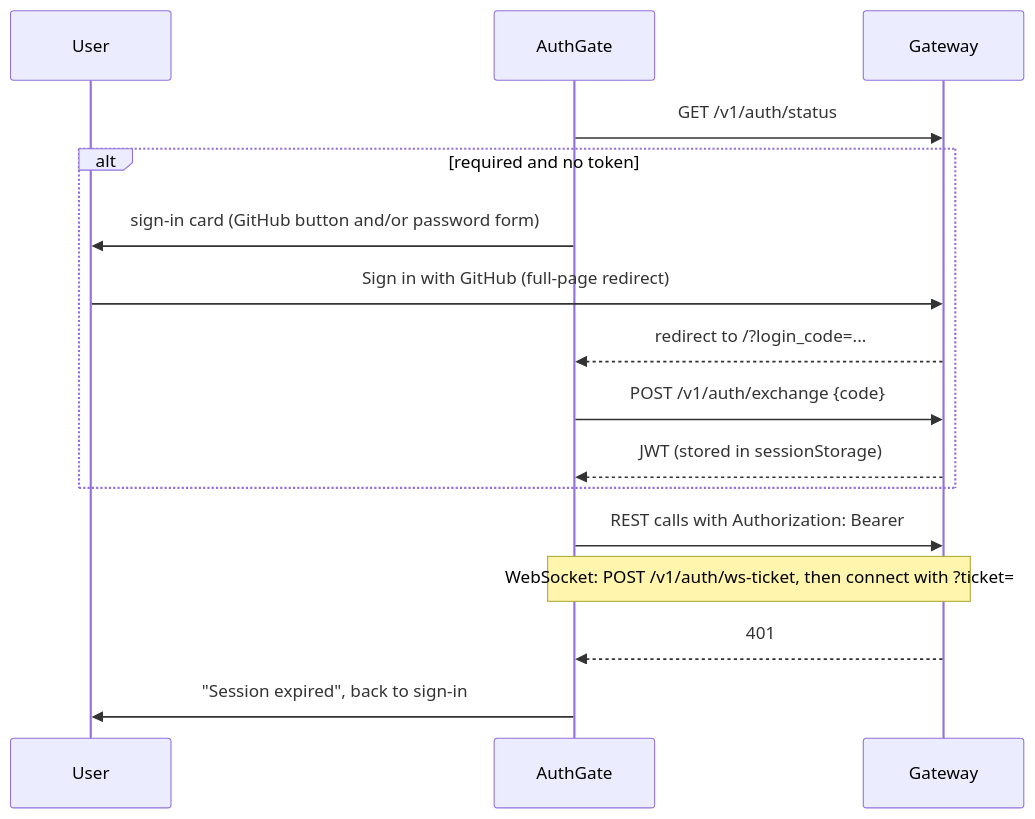
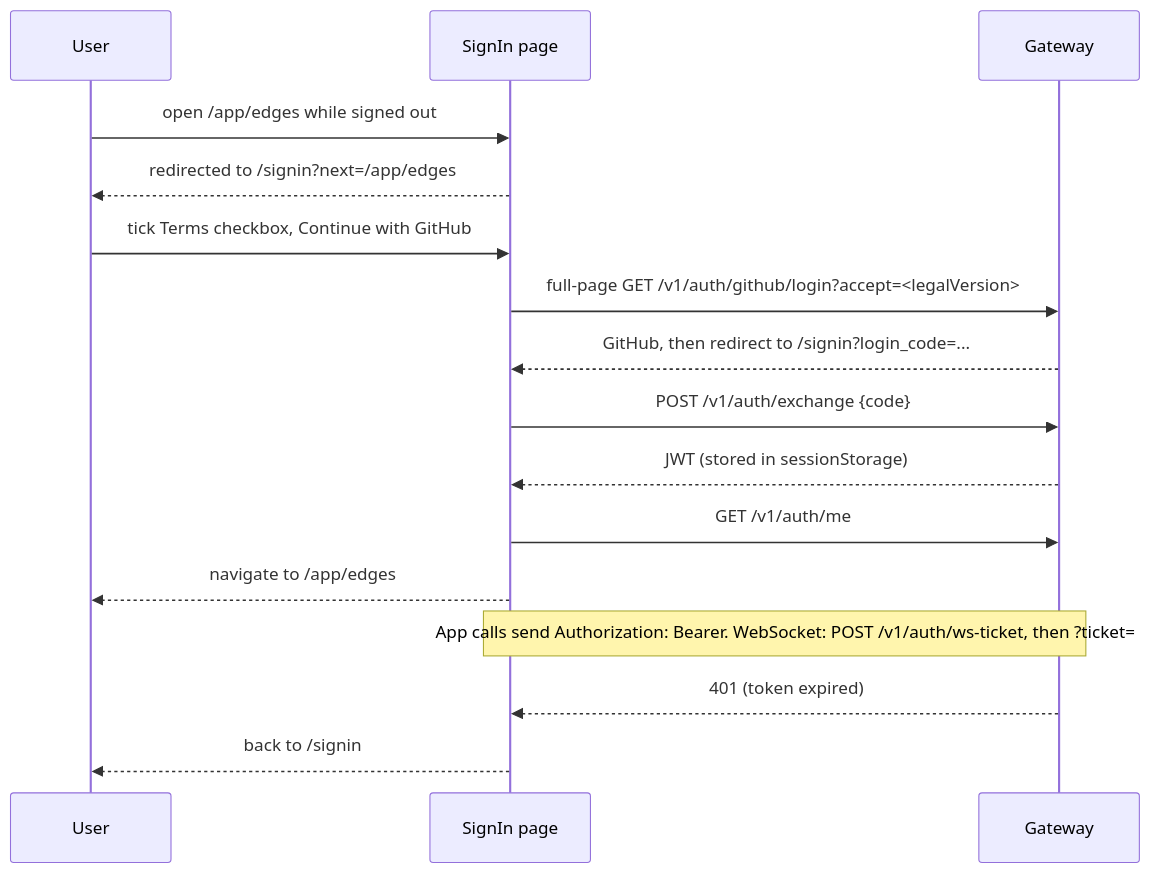
One commit to JayNightmare/Multi-Model-Thing changed the diagram in docs/studio.md. Above: the diagram before and after it, drawn with Mermaid. The commit also changed other lines of this file and 37 other files, not shown here.

First line of the commit message:
feat: add Account, HowItWorks, Landing, Legal, and SignIn pages with corresponding components and styles

````diff
--- a/docs/studio.md
+++ b/docs/studio.md
@@ -39,18 +54,18 @@
 ```mermaid
 sequenceDiagram
     participant U as User
-    participant AG as AuthGate
+    participant S as SignIn page
     participant GW as Gateway
-    AG->>GW: GET /v1/auth/status
-    alt required and no token
-        AG->>U: sign-in card (GitHub button and/or password form)
-        U->>GW: Sign in with GitHub (full-page redirect)
-        GW-->>AG: redirect to /?login_code=...
-        AG->>GW: POST /v1/auth/exchange {code}
-        GW-->>AG: JWT (stored in sessionStorage)
-    end
-    AG->>GW: REST calls with Authorization: Bearer
-    Note over AG,GW: WebSocket: POST /v1/auth/ws-ticket, then connect with ?ticket=
-    GW-->>AG: 401
-    AG->>U: "Session expired", back to sign-in
+    U->>S: open /app/edges while signed out
+    S-->>U: redirected to /signin?next=/app/edges
+    U->>S: tick Terms checkbox, Continue with GitHub
+    S->>GW: full-page GET /v1/auth/github/login?accept=<legalVersion>
+    GW-->>S: GitHub, then redirect to /signin?login_code=...
+    S->>GW: POST /v1/auth/exchange {code}
+    GW-->>S: JWT (stored in sessionStorage)
+    S->>GW: GET /v1/auth/me
+    S-->>U: navigate to /app/edges
+    Note over S,GW: App calls send Authorization: Bearer. WebSocket: POST /v1/auth/ws-ticket, then ?ticket=
+    GW-->>S: 401 (token expired)
+    S-->>U: back to /signin
 ```
````
